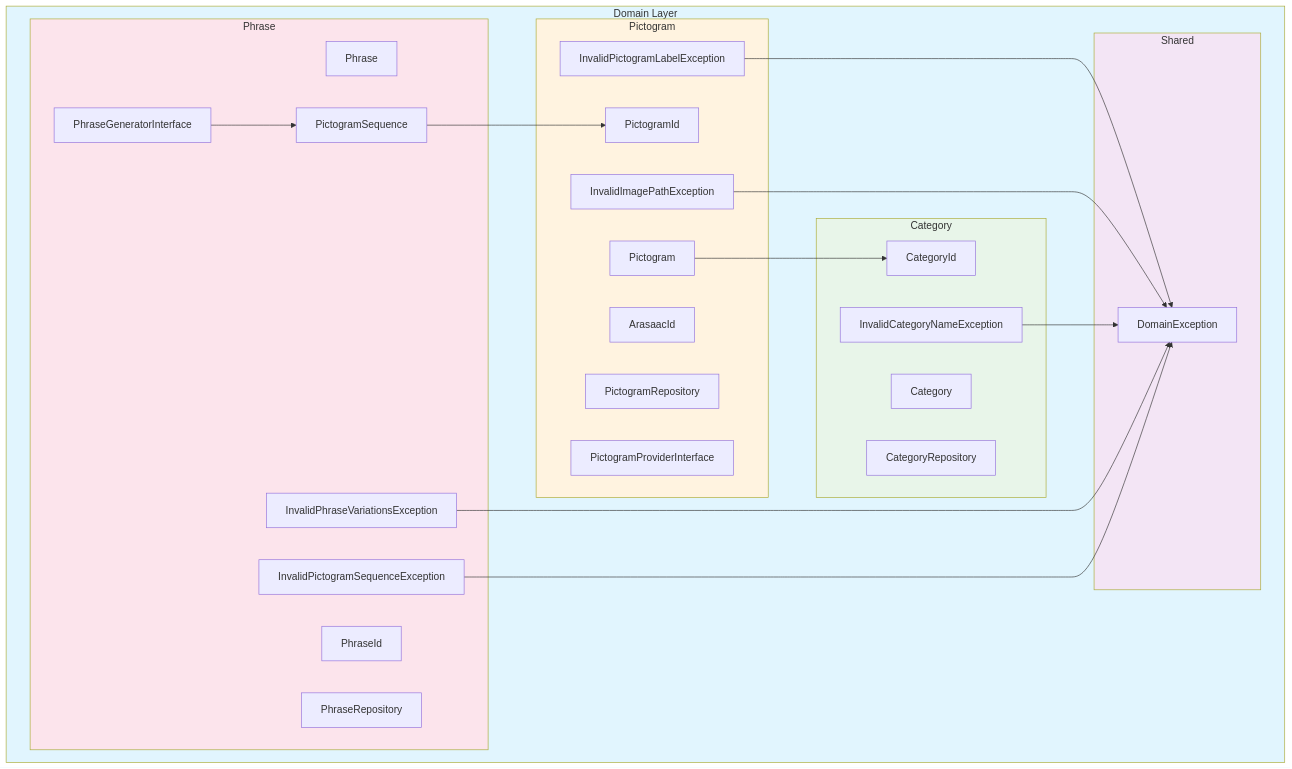
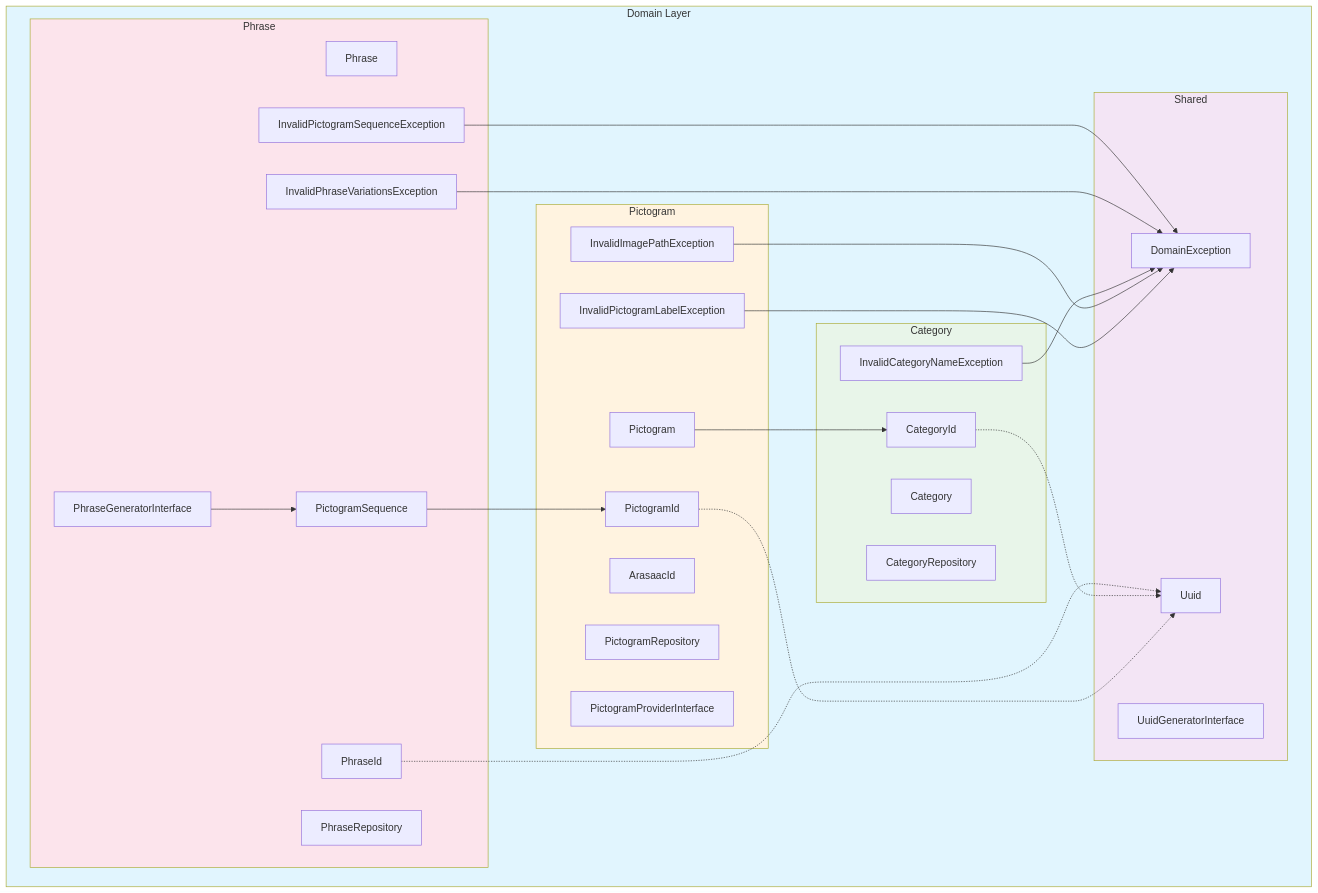
Before and after one commit to luismiglezmohino/HablaIA: the third of 5 diagrams in docs/diagrams/domain-layer.md, drawn with Mermaid. The commit also changed other lines of this file and 14 other files, not shown here.

````diff
--- a/docs/diagrams/domain-layer.md
+++ b/docs/diagrams/domain-layer.md
@@ -150,51 +165,57 @@
 ```mermaid
 graph TB
     subgraph Domain["Domain Layer"]
         subgraph SharedModule["Shared"]
             S_Exception[DomainException]
+            S_Uuid[Uuid]
+            S_UuidGen[UuidGeneratorInterface]
         end
 
         subgraph PictogramModule["Pictogram"]
             P_Entity[Pictogram]
             P_VO1[PictogramId]
             P_VO2[ArasaacId]
             P_Exc1[InvalidPictogramLabelException]
             P_Exc2[InvalidImagePathException]
             P_Repo[PictogramRepository]
             P_Service[PictogramProviderInterface]
         end
 
         subgraph CategoryModule["Category"]
             C_Entity[Category]
             C_VO[CategoryId]
             C_Exc[InvalidCategoryNameException]
             C_Repo[CategoryRepository]
         end
 
         subgraph PhraseModule["Phrase"]
             Ph_Entity[Phrase]
             Ph_VO1[PhraseId]
             Ph_VO2[PictogramSequence]
             Ph_Exc1[InvalidPhraseVariationsException]
             Ph_Exc2[InvalidPictogramSequenceException]
             Ph_Repo[PhraseRepository]
             Ph_Service[PhraseGeneratorInterface]
         end
     end
 
     P_Entity --> C_VO
     Ph_VO2 --> P_VO1
     Ph_Service --> Ph_VO2
 
     P_Exc1 --> S_Exception
     P_Exc2 --> S_Exception
     C_Exc --> S_Exception
     Ph_Exc1 --> S_Exception
     Ph_Exc2 --> S_Exception
 
+    P_VO1 -.-> S_Uuid
+    C_VO -.-> S_Uuid
+    Ph_VO1 -.-> S_Uuid
+
     style Domain fill:#e1f5fe
     style SharedModule fill:#f3e5f5
     style PictogramModule fill:#fff3e0
     style CategoryModule fill:#e8f5e9
     style PhraseModule fill:#fce4ec
 ```
````
